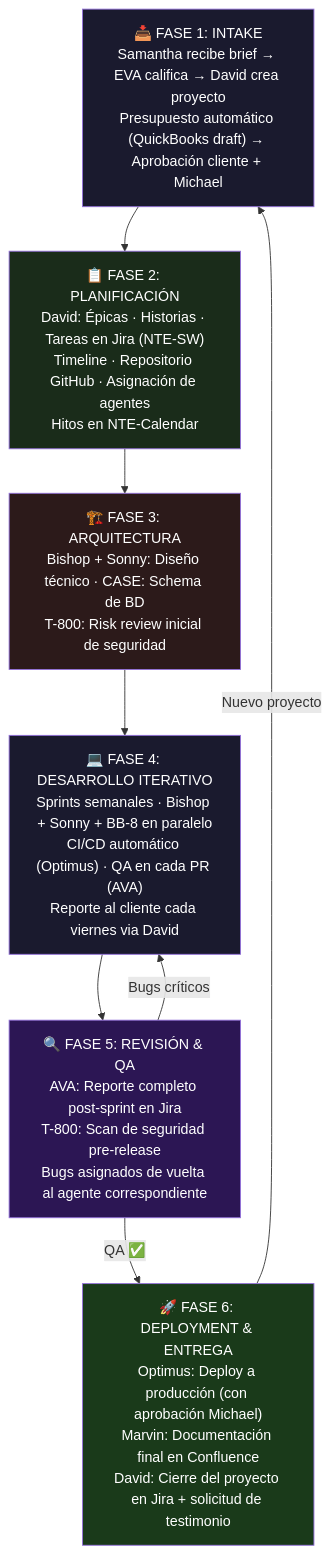
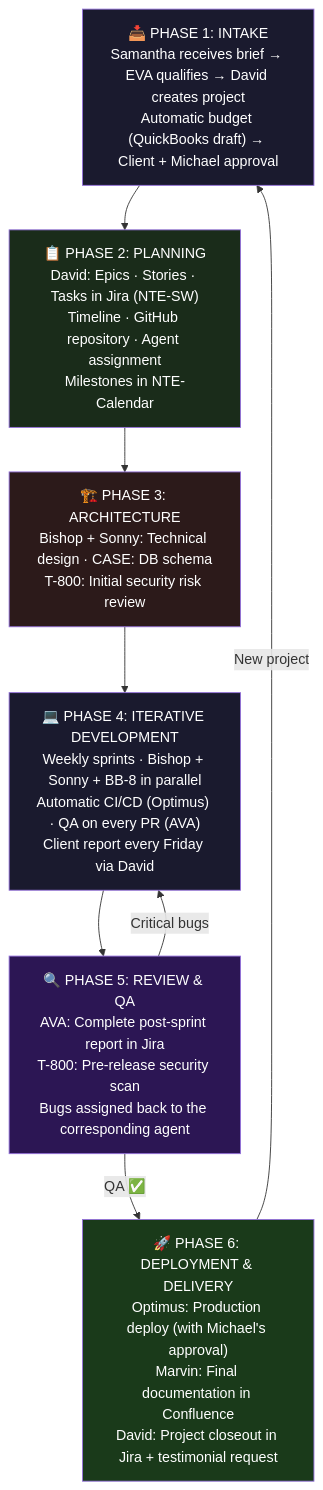
Before and after one commit to nissienterprise/nissi-openclaw-vps: the diagram in documentation/04-flows/software-development-flow.md, drawn with Mermaid. The commit also changed other lines of this file and 46 other files, not shown here.

````diff
--- a/documentation/04-flows/software-development-flow.md
+++ b/documentation/04-flows/software-development-flow.md
@@ -8,21 +8,21 @@
 ```mermaid
 flowchart TD
-    F1["📥 FASE 1: INTAKE\nSamantha recibe brief → EVA califica → David crea proyecto\nPresupuesto automático (QuickBooks draft) → Aprobación cliente + Michael"]
-    F2["📋 FASE 2: PLANIFICACIÓN\nDavid: Épicas · Historias · Tareas en Jira (NTE-SW)\nTimeline · Repositorio GitHub · Asignación de agentes\nHitos en NTE-Calendar"]
-    F3["🏗️ FASE 3: ARQUITECTURA\nBishop + Sonny: Diseño técnico · CASE: Schema de BD\nT-800: Risk review inicial de seguridad"]
-    F4["💻 FASE 4: DESARROLLO ITERATIVO\nSprints semanales · Bishop + Sonny + BB-8 en paralelo\nCI/CD automático (Optimus) · QA en cada PR (AVA)\nReporte al cliente cada viernes via David"]
-    F5["🔍 FASE 5: REVISIÓN & QA\nAVA: Reporte completo post-sprint en Jira\nT-800: Scan de seguridad pre-release\nBugs asignados de vuelta al agente correspondiente"]
-    F6["🚀 FASE 6: DEPLOYMENT & ENTREGA\nOptimus: Deploy a producción (con aprobación Michael)\nMarvin: Documentación final en Confluence\nDavid: Cierre del proyecto en Jira + solicitud de testimonio"]
+    F1["📥 PHASE 1: INTAKE\nSamantha receives brief → EVA qualifies → David creates project\nAutomatic budget (QuickBooks draft) → Client + Michael approval"]
+    F2["📋 PHASE 2: PLANNING\nDavid: Epics · Stories · Tasks in Jira (NTE-SW)\nTimeline · GitHub repository · Agent assignment\nMilestones in NTE-Calendar"]
+    F3["🏗️ PHASE 3: ARCHITECTURE\nBishop + Sonny: Technical design · CASE: DB schema\nT-800: Initial security risk review"]
+    F4["💻 PHASE 4: ITERATIVE DEVELOPMENT\nWeekly sprints · Bishop + Sonny + BB-8 in parallel\nAutomatic CI/CD (Optimus) · QA on every PR (AVA)\nClient report every Friday via David"]
+    F5["🔍 PHASE 5: REVIEW & QA\nAVA: Complete post-sprint report in Jira\nT-800: Pre-release security scan\nBugs assigned back to the corresponding agent"]
+    F6["🚀 PHASE 6: DEPLOYMENT & DELIVERY\nOptimus: Production deploy (with Michael's approval)\nMarvin: Final documentation in Confluence\nDavid: Project closeout in Jira + testimonial request"]
 
     F1 --> F2 --> F3 --> F4 --> F5
-    F5 -->|"Bugs críticos"| F4
+    F5 -->|"Critical bugs"| F4
     F5 -->|"QA ✅"| F6
-    F6 -->|"Nuevo proyecto"| F1
+    F6 -->|"New project"| F1
 
     style F1 fill:#1a1a2e,color:#fff
     style F2 fill:#1a2c1a,color:#fff
     style F3 fill:#2c1a1a,color:#fff
     style F4 fill:#1a1a2e,color:#fff
     style F5 fill:#2c1654,color:#fff
     style F6 fill:#1a3a1a,color:#fff
 ```
````
